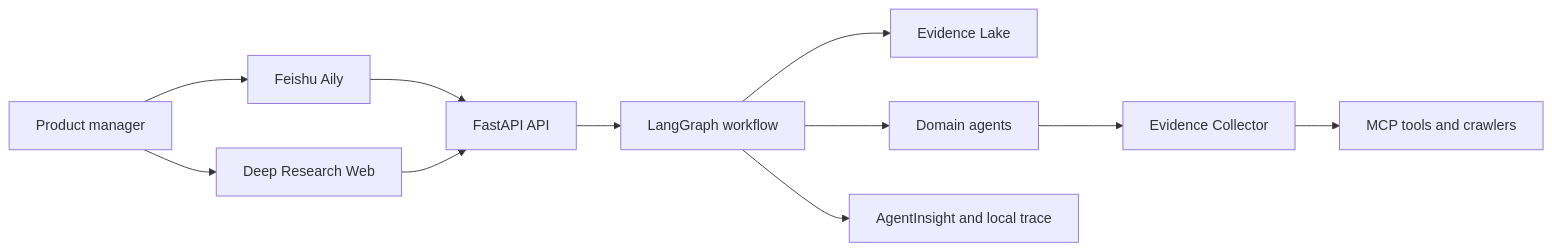
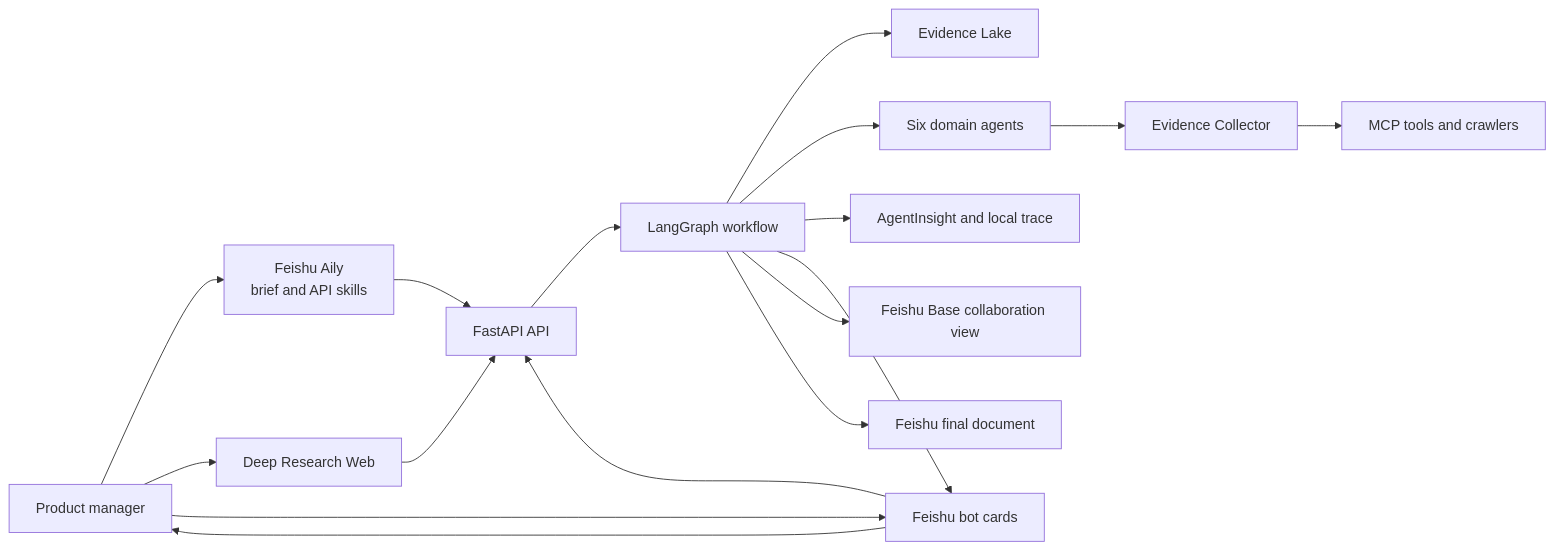
The first of 2 diagrams in docs/architecture.md (lnkloveating/agentinsight-eufy), drawn with Mermaid before and after one commit. The commit also changed other lines of this file and 3 other files, not shown here.

````diff
--- a/docs/architecture.md
+++ b/docs/architecture.md
@@ -5,13 +5,19 @@
 ```mermaid
 flowchart LR
-    User[Product manager] --> Feishu[Feishu Aily]
-    User --> Web[Deep Research Web]
-    Feishu --> API[FastAPI API]
+    User["Product manager"] --> Aily["Feishu Aily<br/>brief and API skills"]
+    User --> Web["Deep Research Web"]
+    Aily --> API["FastAPI API"]
     Web --> API
-    API --> Workflow[LangGraph workflow]
-    Workflow --> Evidence[Evidence Lake]
-    Workflow --> Agents[Domain agents]
-    Agents --> Collector[Evidence Collector]
-    Collector --> Tools[MCP tools and crawlers]
-    Workflow --> Trace[AgentInsight and local trace]
+    API --> Workflow["LangGraph workflow"]
+    Workflow --> Evidence["Evidence Lake"]
+    Workflow --> Agents["Six domain agents"]
+    Agents --> Collector["Evidence Collector"]
+    Collector --> Tools["MCP tools and crawlers"]
+    Workflow --> Trace["AgentInsight and local trace"]
+    Workflow --> Cards["Feishu bot cards"]
+    Cards --> User
+    User --> Cards
+    Cards --> API
+    Workflow --> Base["Feishu Base collaboration view"]
+    Workflow --> Docs["Feishu final document"]
 ```
````
